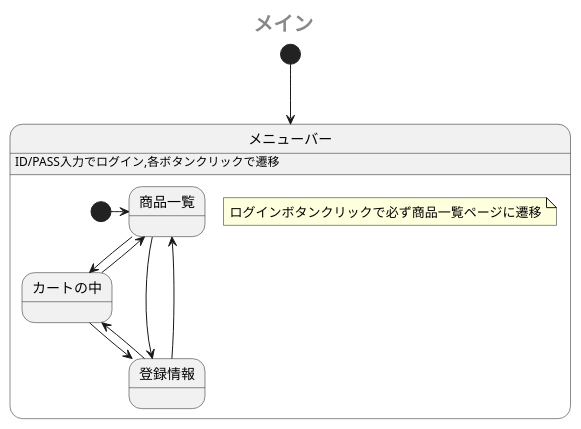
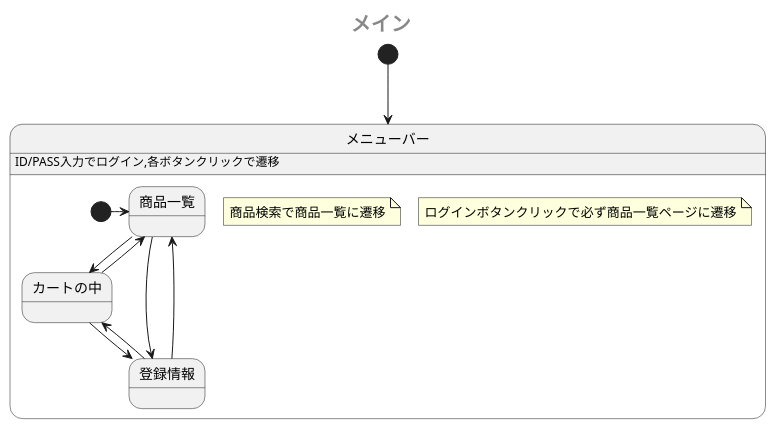
Before and after one commit to Aso2001385/2021sys-design: the first of 2 diagrams in sample/StateMachine.md, drawn with PlantUML.

````diff
--- a/sample/StateMachine.md
+++ b/sample/StateMachine.md
@@ -1,22 +1,23 @@
 ```uml
 @startuml
  center header <size:20><b>メイン</b></size>
  [*] --> メニューバー
  state メニューバー {
    メニューバー: ID/PASS入力でログイン,各ボタンクリックで遷移
    [*] -> 商品一覧
-   note "ログインボタンクリックで必ず商品一覧ページに遷移" as N1
+   note "商品検索で商品一覧に遷移" as N1
    商品一覧 -down-> カートの中
    カートの中 -up-> 商品一覧
    カートの中 -down-> 登録情報
+   note "ログインボタンクリックで必ず商品一覧ページに遷移" as N2
    登録情報 -up-> カートの中
    商品一覧 -right-> 登録情報
    商品一覧 -[hidden]> 登録情報
    登録情報 -left-> 商品一覧
    登録情報 -[hidden]> 商品一覧
    
 
  }
  
 @enduml
 ```
````
